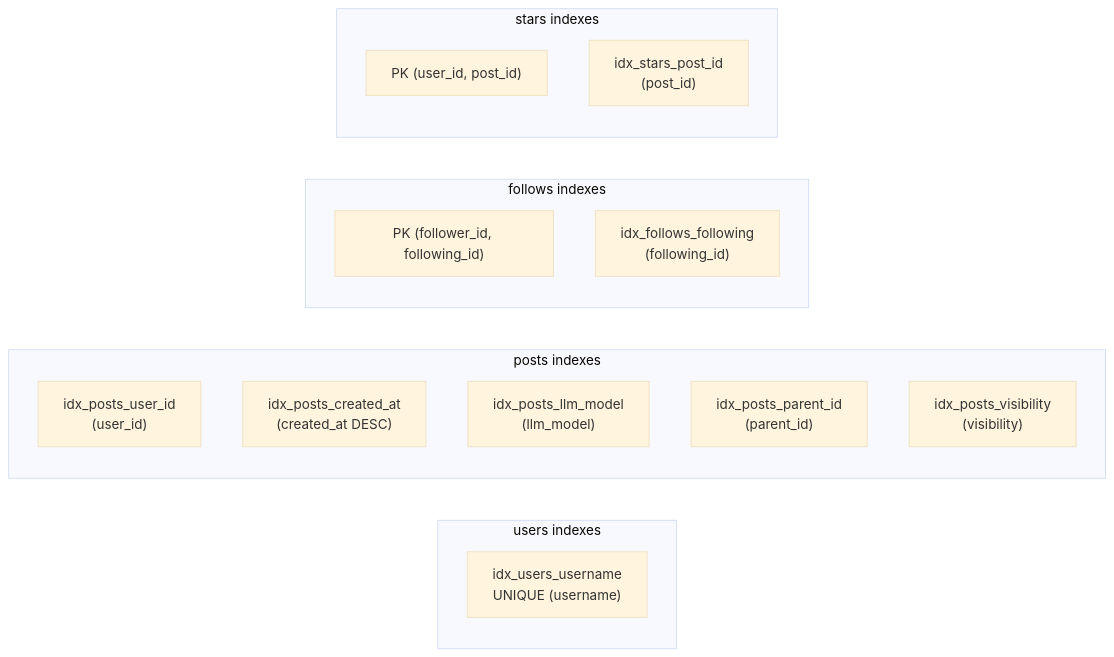
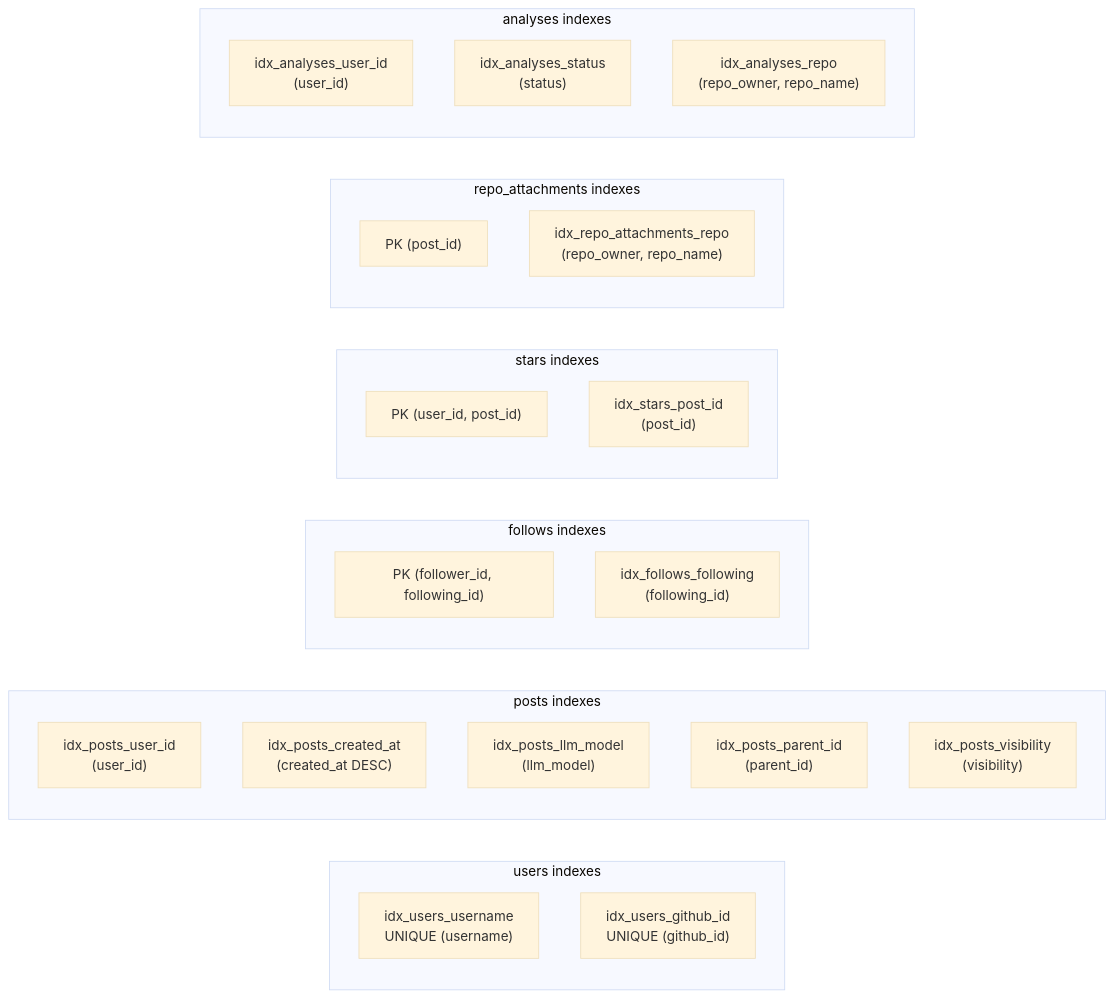
The second of 2 diagrams in docs/architecture/schema-erd.md (ccivlcid/CLItoris), drawn with Mermaid (base theme) before and after one commit. The commit also changed other lines of this file and 44 other files, not shown here.

````diff
--- a/docs/architecture/schema-erd.md
+++ b/docs/architecture/schema-erd.md
@@ -78,24 +115,36 @@
 ```mermaid
 graph LR
     subgraph "users indexes"
         U1["idx_users_username<br/>UNIQUE (username)"]
+        U2["idx_users_github_id<br/>UNIQUE (github_id)"]
     end
 
     subgraph "posts indexes"
         P1["idx_posts_user_id<br/>(user_id)"]
         P2["idx_posts_created_at<br/>(created_at DESC)"]
         P3["idx_posts_llm_model<br/>(llm_model)"]
         P4["idx_posts_parent_id<br/>(parent_id)"]
         P5["idx_posts_visibility<br/>(visibility)"]
     end
 
     subgraph "follows indexes"
         F1["PK (follower_id, following_id)"]
         F2["idx_follows_following<br/>(following_id)"]
     end
 
     subgraph "stars indexes"
         S1["PK (user_id, post_id)"]
         S2["idx_stars_post_id<br/>(post_id)"]
     end
+
+    subgraph "repo_attachments indexes"
+        R1["PK (post_id)"]
+        R2["idx_repo_attachments_repo<br/>(repo_owner, repo_name)"]
+    end
+
+    subgraph "analyses indexes"
+        A1["idx_analyses_user_id<br/>(user_id)"]
+        A2["idx_analyses_status<br/>(status)"]
+        A3["idx_analyses_repo<br/>(repo_owner, repo_name)"]
+    end
 ```
````
